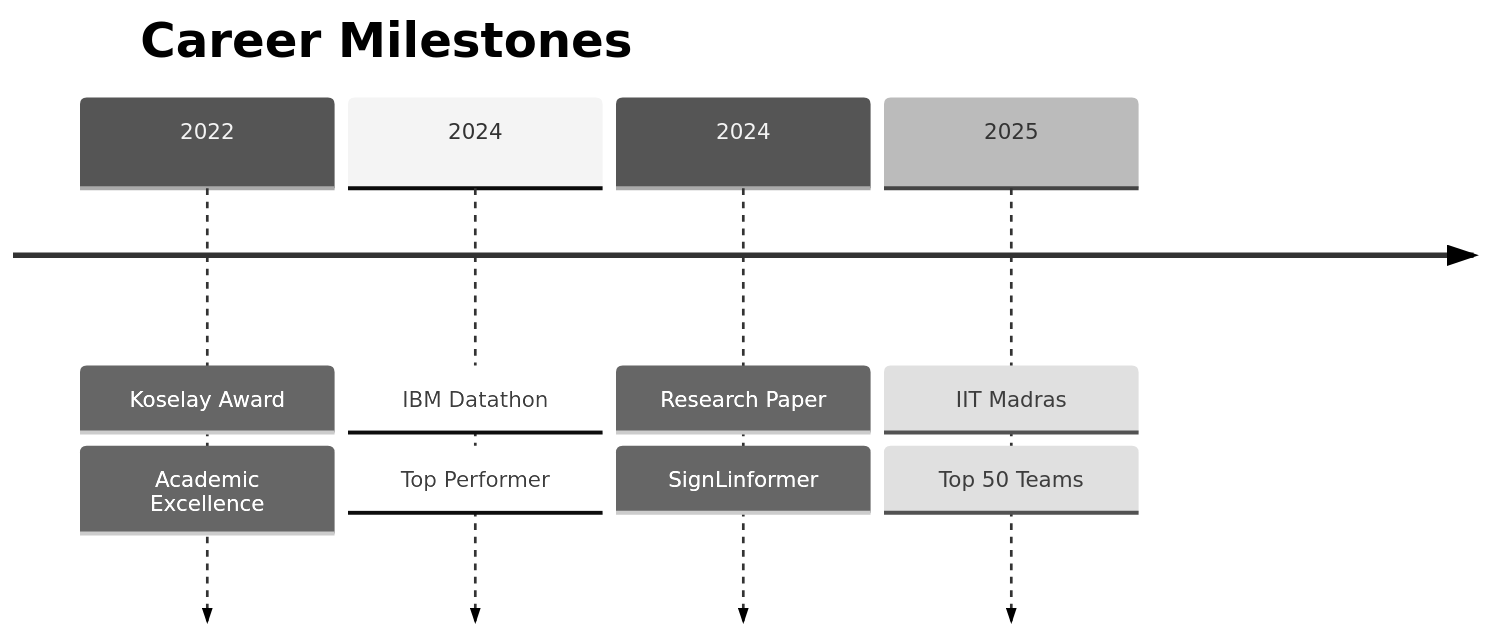
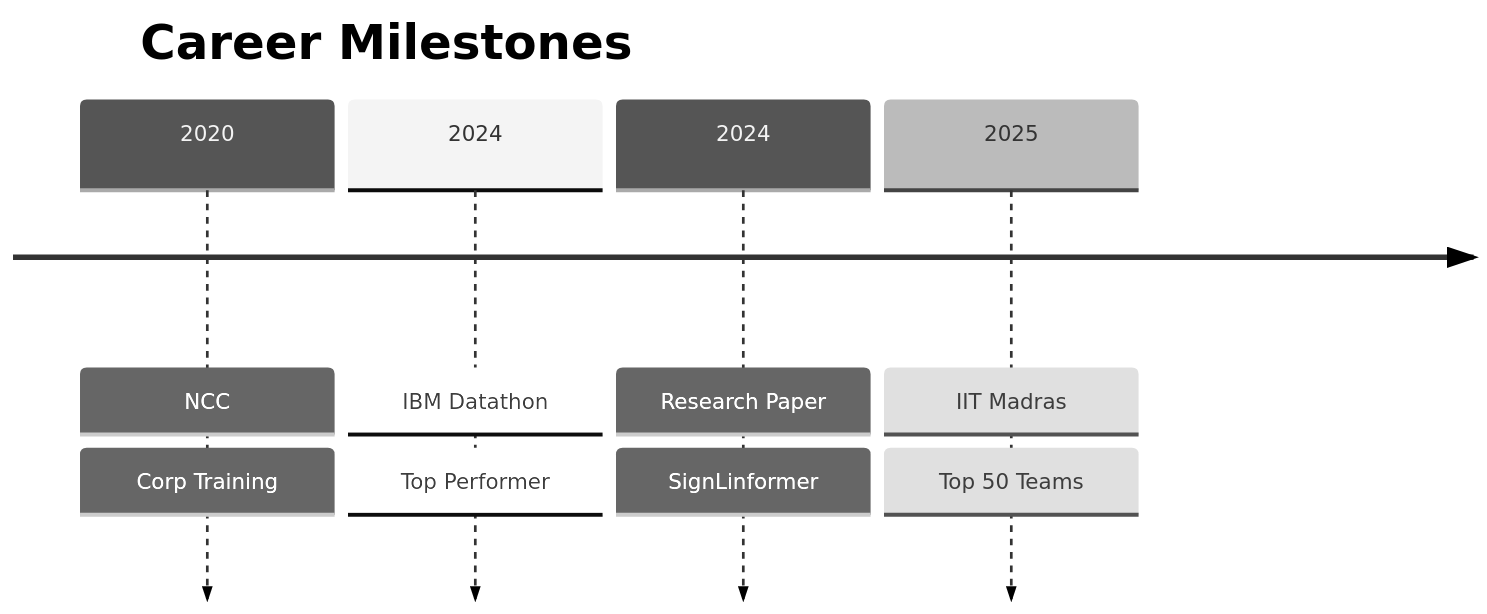
The fourth of 4 diagrams in README.md (ganesha360/ganesha360), drawn with Mermaid (neutral theme) before and after one commit. The commit also changed other lines of this file, not shown here.

````diff
--- a/README.md
+++ b/README.md
@@ -138,8 +138,8 @@
 ```mermaid
 timeline
     title Career Milestones
-    2022 : Koselay Award : Academic Excellence
+    2020 : NCC : Corp Training
     2024 : IBM Datathon : Top Performer
     2024 : Research Paper : SignLinformer
     2025 : IIT Madras : Top 50 Teams
 ```
````
